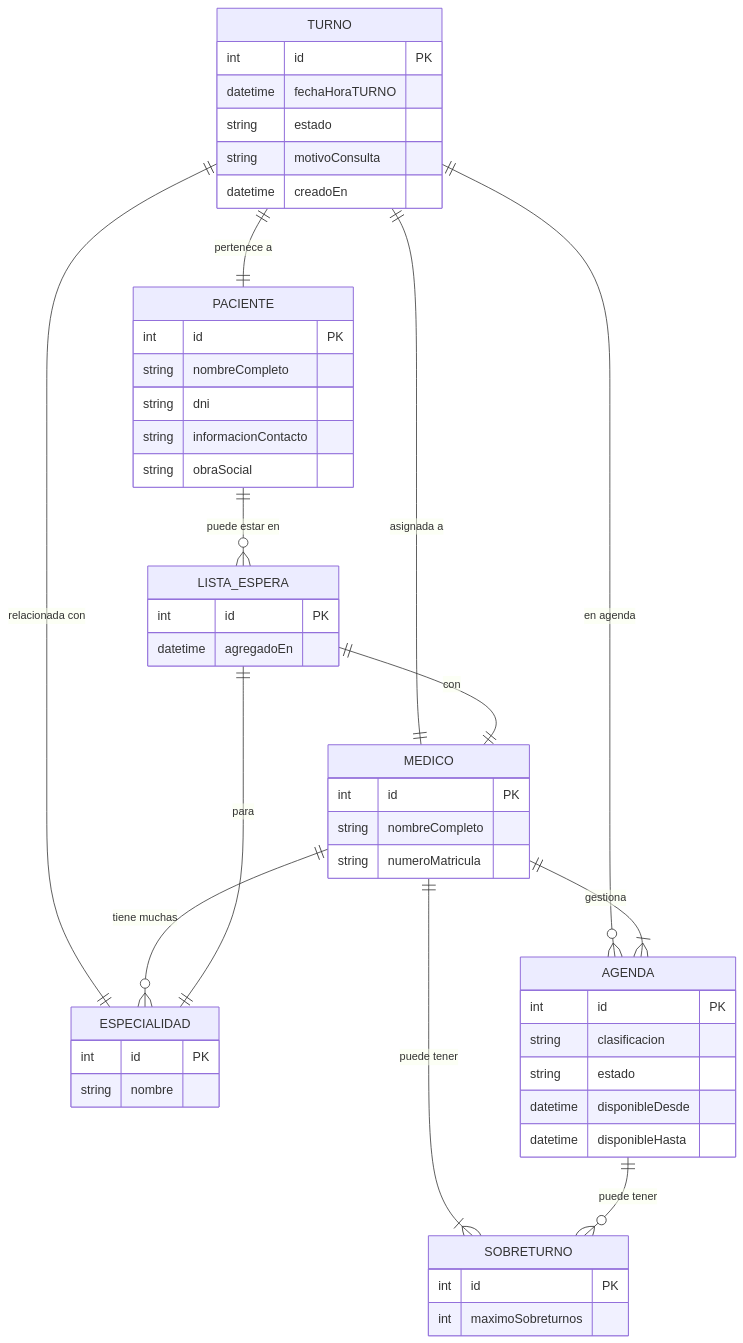
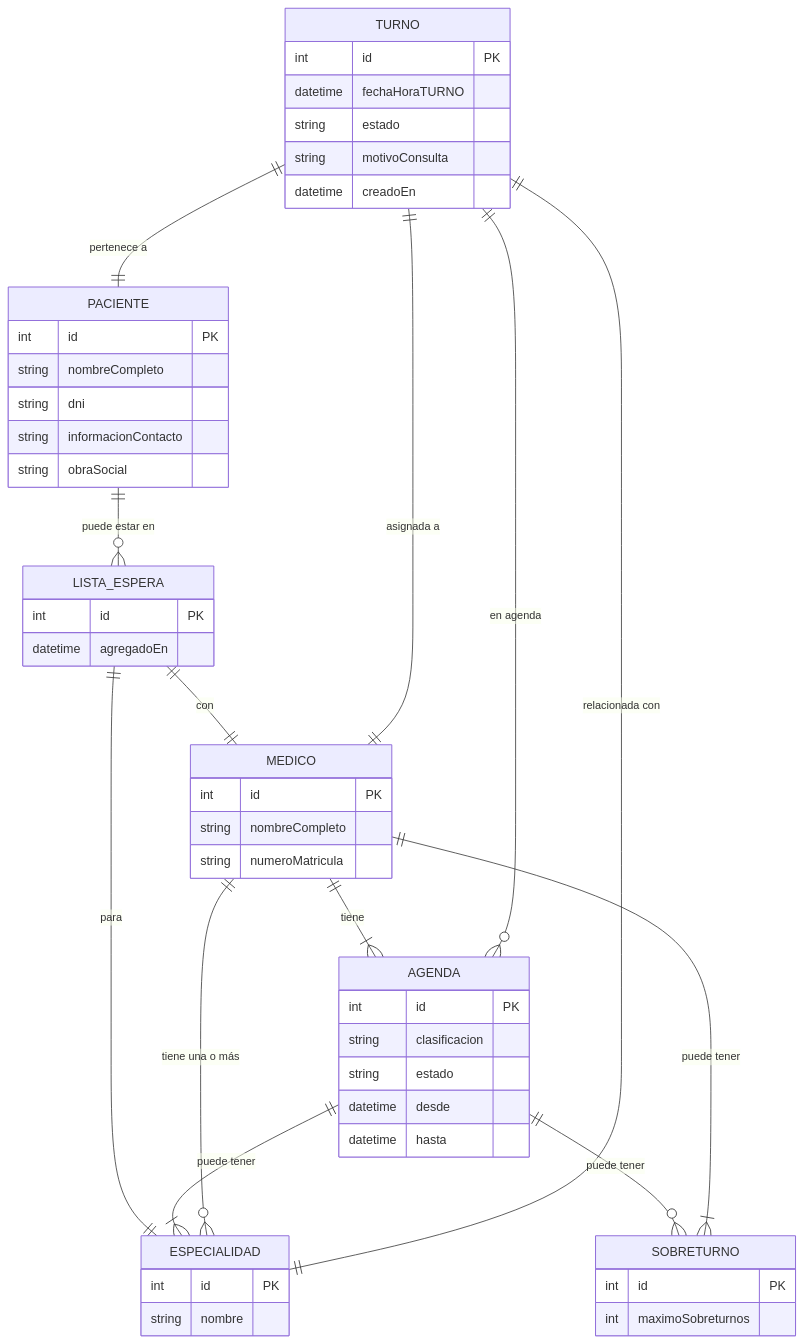
The diagram in base_de_datos/diagramas/diagrama_er.md (adamulp/lab2-integrador-jofre-rigg), drawn with Mermaid before and after one commit.

````diff
--- a/base_de_datos/diagramas/diagrama_er.md
+++ b/base_de_datos/diagramas/diagrama_er.md
@@ -1,64 +1,65 @@
 ```mermaid
 erDiagram
     PACIENTE {
         int id PK
         string nombreCompleto
         string dni
         string informacionContacto
         string obraSocial
     }
 
     MEDICO {
         int id PK
         string nombreCompleto
         string numeroMatricula
     }
 
     ESPECIALIDAD {
         int id PK
         string nombre
     }
 
     TURNO {
         int id PK
         datetime fechaHoraTURNO
         string estado
         string motivoConsulta
         datetime creadoEn
     }
 
     LISTA_ESPERA {
         int id PK
         datetime agregadoEn
     }
 
     AGENDA {
         int id PK
         string clasificacion
         string estado
-        datetime disponibleDesde
-        datetime disponibleHasta
+        datetime desde
+        datetime hasta
     }
 
     SOBRETURNO {
         int id PK
         int maximoSobreturnos
     }
 
     TURNO ||--|| PACIENTE : "pertenece a"
     TURNO ||--|| MEDICO : "asignada a"
     TURNO ||--|| ESPECIALIDAD : "relacionada con"
     TURNO ||--o{ AGENDA : "en agenda"
 
-    MEDICO ||--o{ ESPECIALIDAD : "tiene muchas"
-    MEDICO ||--|{ AGENDA : "gestiona"
+    MEDICO ||--o{ ESPECIALIDAD : "tiene una o más"
+    MEDICO ||--|{ AGENDA : "tiene"
+    AGENDA ||--|{ ESPECIALIDAD : "puede tener"
     MEDICO ||--|{ SOBRETURNO : "puede tener"
 
     PACIENTE ||--o{ LISTA_ESPERA : "puede estar en"
     LISTA_ESPERA ||--|| ESPECIALIDAD : "para"
     LISTA_ESPERA ||--|| MEDICO : "con"
 
     AGENDA ||--o{ SOBRETURNO : "puede tener"
 
 
 ```
````
